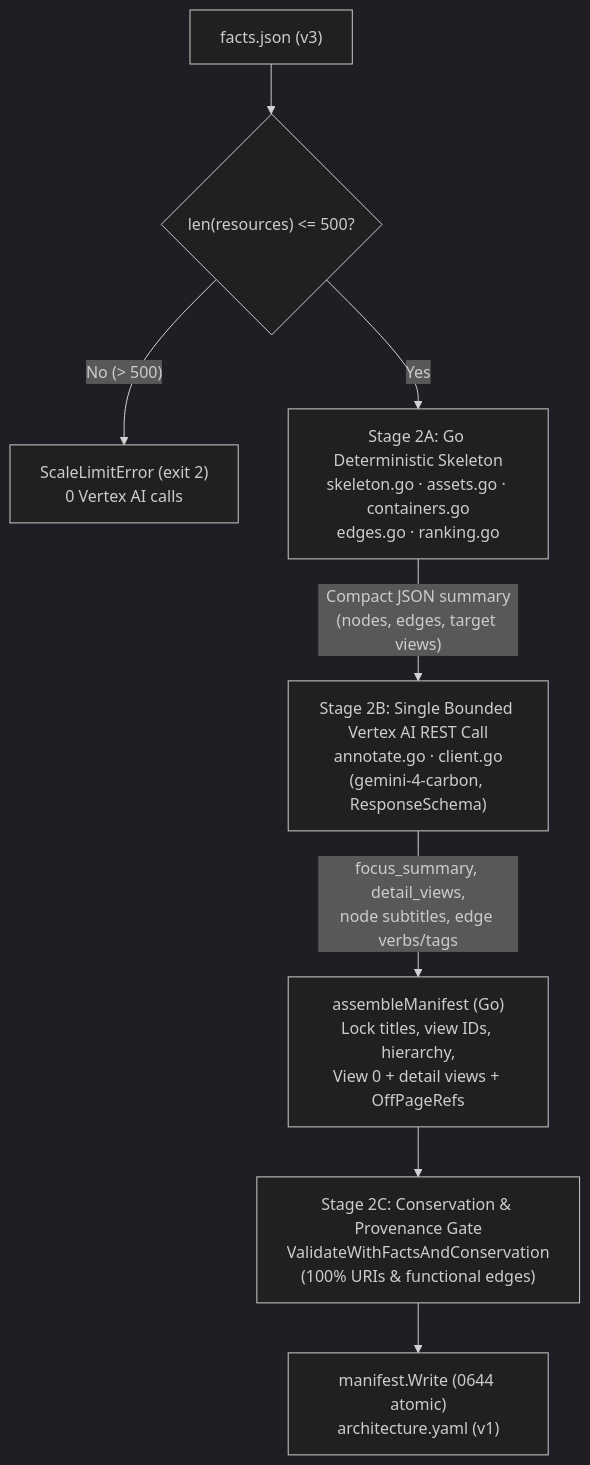
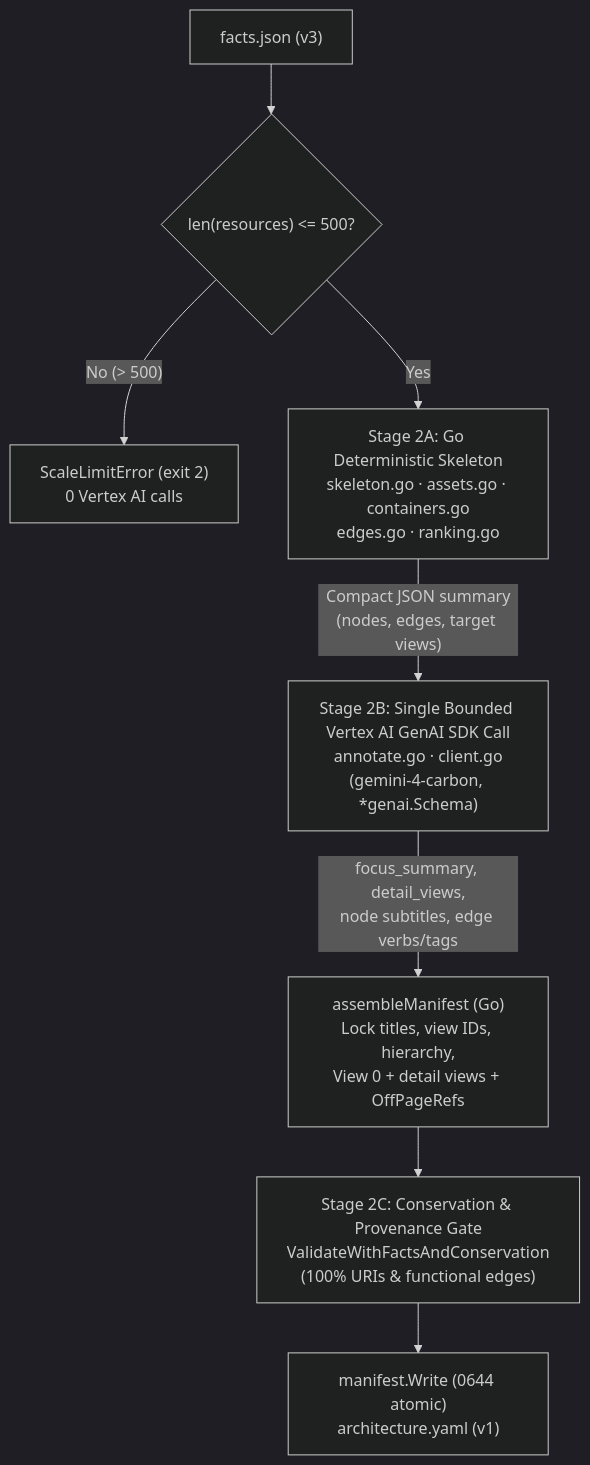
The first of 2 diagrams in gh-pages/synthesis.md (arrase/gcp-arch), drawn with Mermaid (dark theme) before and after one commit. The commit also changed other lines of this file and 80 other files, not shown here.

````diff
--- a/gh-pages/synthesis.md
+++ b/gh-pages/synthesis.md
@@ -71,11 +71,11 @@
 ```mermaid
 flowchart TD
     Facts["facts.json (v3)"] --> Cap{"len(resources) <= 500?"}
     Cap -- "No (> 500)" --> ErrCap["ScaleLimitError (exit 2)\n0 Vertex AI calls"]
     Cap -- "Yes" --> Skel["Stage 2A: Go Deterministic Skeleton\nskeleton.go · assets.go · containers.go\nedges.go · ranking.go"]
 
-    Skel -->|"Compact JSON summary\n(nodes, edges, target views)"| Annot["Stage 2B: Single Bounded Vertex AI REST Call\nannotate.go · client.go\n(gemini-4-carbon, ResponseSchema)"]
+    Skel -->|"Compact JSON summary\n(nodes, edges, target views)"| Annot["Stage 2B: Single Bounded Vertex AI GenAI SDK Call\nannotate.go · client.go\n(gemini-4-carbon, *genai.Schema)"]
     Annot -->|"focus_summary, detail_views,\nnode subtitles, edge verbs/tags"| Assemble["assembleManifest (Go)\nLock titles, view IDs, hierarchy,\nView 0 + detail views + OffPageRefs"]
     Assemble --> Gate["Stage 2C: Conservation & Provenance Gate\nValidateWithFactsAndConservation\n(100% URIs & functional edges)"]
     Gate --> Write["manifest.Write (0644 atomic)\narchitecture.yaml (v1)"]
 ```
````
